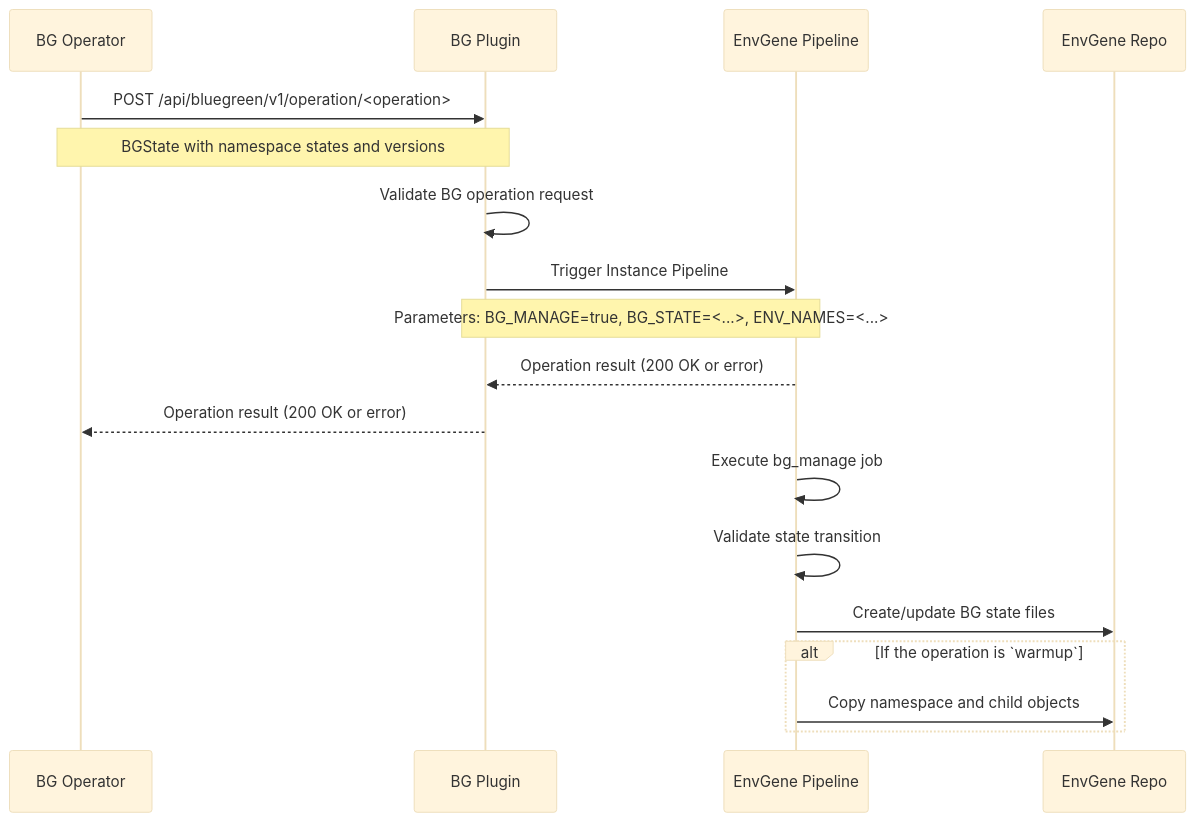
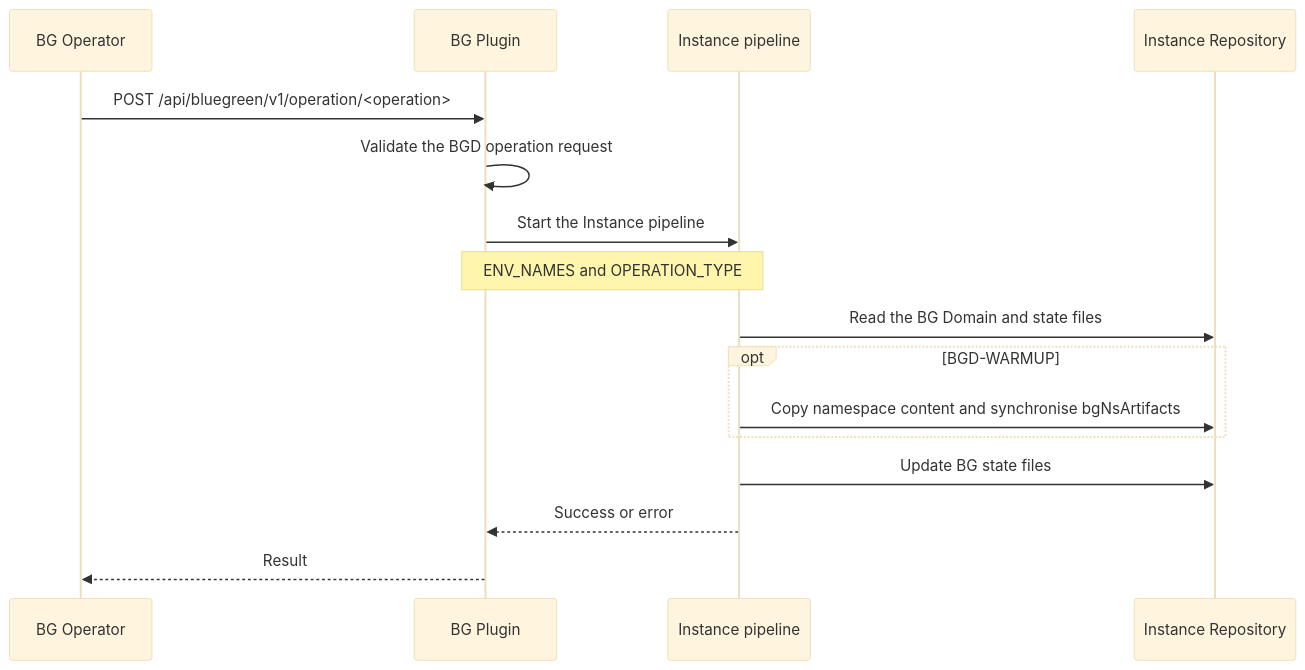
Before and after one commit to Netcracker/qubership-envgene: the first of 3 diagrams in docs/features/blue-green-deployment.md, drawn with Mermaid (base theme). The commit also changed other lines of this file and 2 other files, not shown here.

Commit message:
docs: document BGD lifecycle via OPERATION_TYPE

````diff
--- a/docs/features/blue-green-deployment.md
+++ b/docs/features/blue-green-deployment.md
@@ -47,26 +90,20 @@
 ```mermaid
 sequenceDiagram
     participant BGO as BG Operator
     participant BGP as BG Plugin
-    participant EGP as EnvGene Pipeline
-    participant EGR as EnvGene Repo
+    participant EGP as Instance pipeline
+    participant EGR as Instance Repository
 
     BGO->>BGP: POST /api/bluegreen/v1/operation/<operation>
-    Note over BGO,BGP: BGState with namespace states and versions
+    BGP->>BGP: Validate the BGD operation request
+    BGP->>EGP: Start the Instance pipeline
+    Note over BGP,EGP: ENV_NAMES and OPERATION_TYPE
 
-    BGP->>BGP: Validate BG operation request
-    BGP->>EGP: Trigger Instance Pipeline
-    Note over BGP,EGP: Parameters: BG_MANAGE=true, BG_STATE=<...>, ENV_NAMES=<...>
-    EGP-->>BGP: Operation result (200 OK or error)
-    BGP-->>BGO: Operation result (200 OK or error)
-
-    EGP->>EGP: Execute bg_manage job
-
-    EGP->>EGP: Validate state transition
-
-    EGP->>EGR: Create/update BG state files
-
-    alt If the operation is `warmup`
-        EGP->>EGR: Copy namespace and child objects
+    EGP->>EGR: Read the BG Domain and state files
+    opt BGD-WARMUP
+        EGP->>EGR: Copy namespace content and synchronise bgNsArtifacts
     end
+    EGP->>EGR: Update BG state files
+    EGP-->>BGP: Success or error
+    BGP-->>BGO: Result
 ```
````
